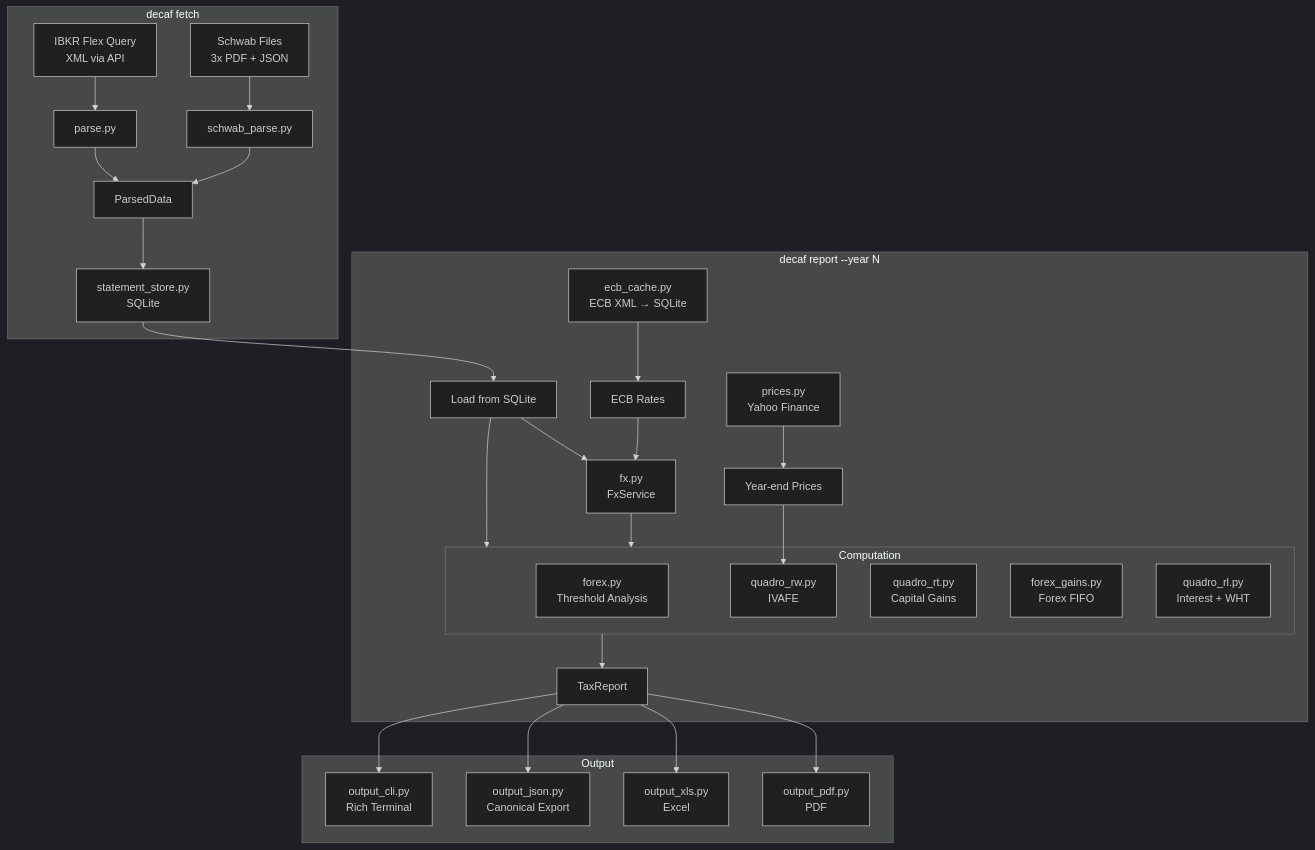
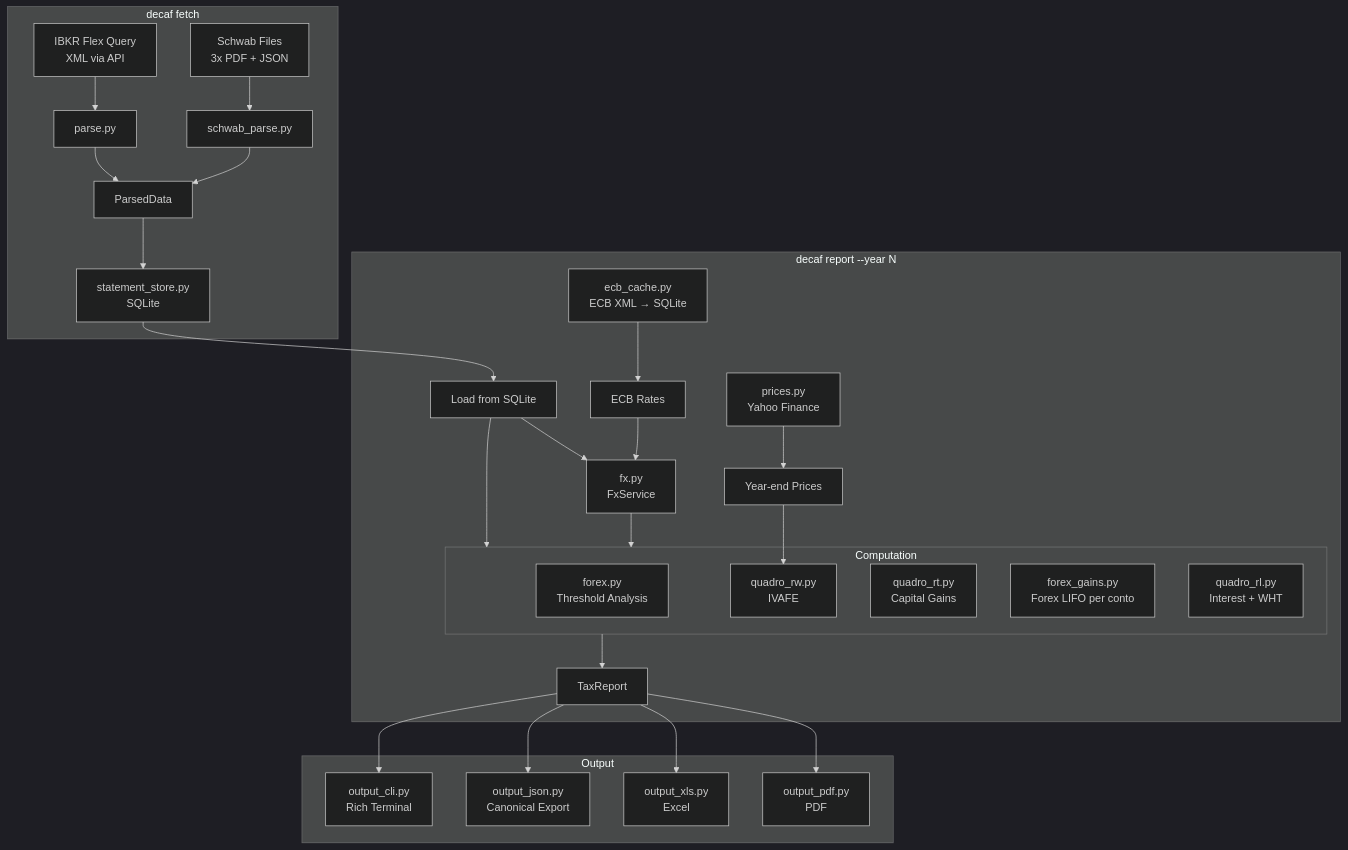
One commit to vjt/decaf changed the first of 2 diagrams in doc/ARCHITECTURE.md. Above: the diagram before and after it, drawn with Mermaid (dark theme). The commit also changed other lines of this file and 5 other files, not shown here.

First line of the commit message:
doc: allinea documentazione al forex LIFO per singolo conto

````diff
--- a/doc/ARCHITECTURE.md
+++ b/doc/ARCHITECTURE.md
@@ -10,43 +10,43 @@
 ```mermaid
 graph TD
     subgraph Fetch ["decaf fetch"]
         IBKR["IBKR Flex Query<br/>XML via API"]
         SCHWAB["Schwab Files<br/>3x PDF + JSON"]
         PARSE_IB["parse.py"]
         PARSE_SW["schwab_parse.py"]
         IBKR --> PARSE_IB
         SCHWAB --> PARSE_SW
         PARSE_IB --> PD["ParsedData"]
         PARSE_SW --> PD
         PD --> STORE["statement_store.py<br/>SQLite"]
     end
 
     subgraph Report ["decaf report --year N"]
         STORE --> LOAD["Load from SQLite"]
         ECB_CACHE["ecb_cache.py<br/>ECB XML → SQLite"] --> RATES["ECB Rates"]
         PRICES["prices.py<br/>Yahoo Finance"] --> MARK["Year-end Prices"]
 
         LOAD --> FX["fx.py<br/>FxService"]
         RATES --> FX
         LOAD --> COMPUTE
 
         subgraph COMPUTE ["Computation"]
             FOREX["forex.py<br/>Threshold Analysis"]
             RW["quadro_rw.py<br/>IVAFE"]
             RT["quadro_rt.py<br/>Capital Gains"]
-            FX_GAINS["forex_gains.py<br/>Forex FIFO"]
+            FX_GAINS["forex_gains.py<br/>Forex LIFO per conto"]
             RL["quadro_rl.py<br/>Interest + WHT"]
         end
 
         MARK --> RW
         FX --> COMPUTE
         COMPUTE --> REPORT["TaxReport"]
     end
 
     subgraph Output ["Output"]
         REPORT --> CLI["output_cli.py<br/>Rich Terminal"]
         REPORT --> JSON["output_json.py<br/>Canonical Export"]
         REPORT --> XLS["output_xls.py<br/>Excel"]
         REPORT --> PDF["output_pdf.py<br/>PDF"]
     end
 ```
````
